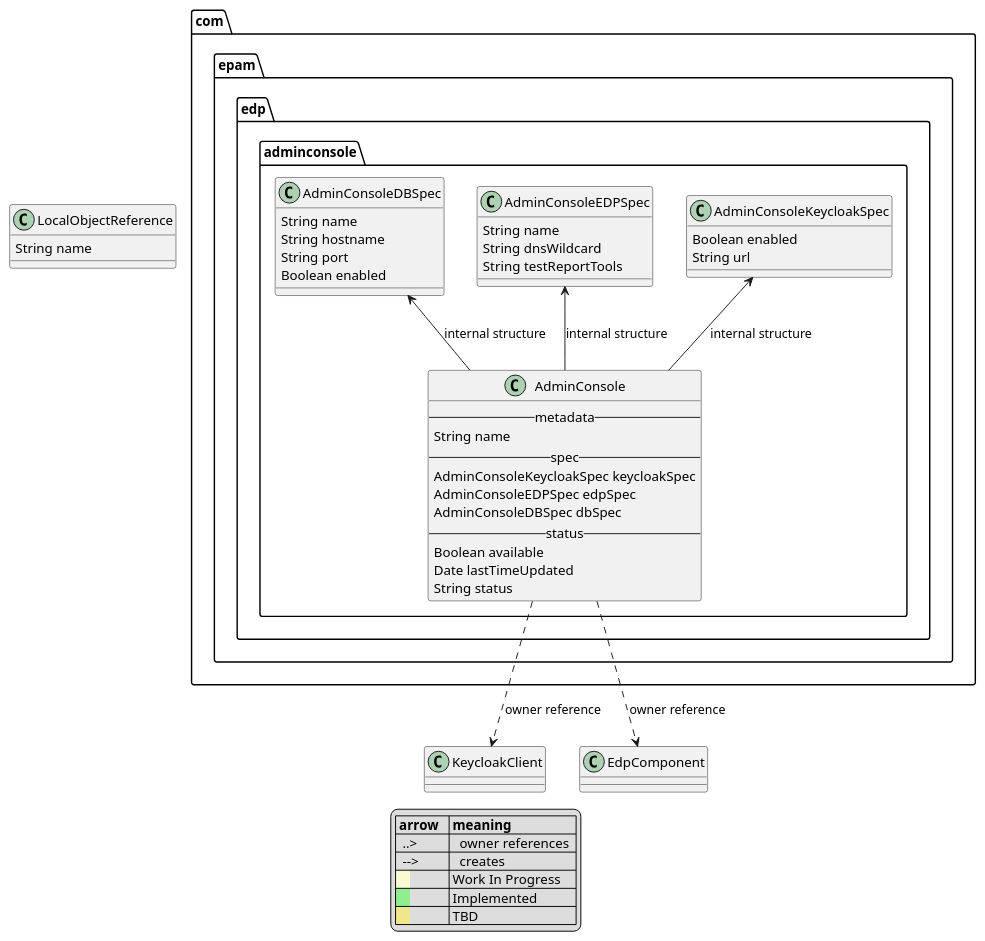
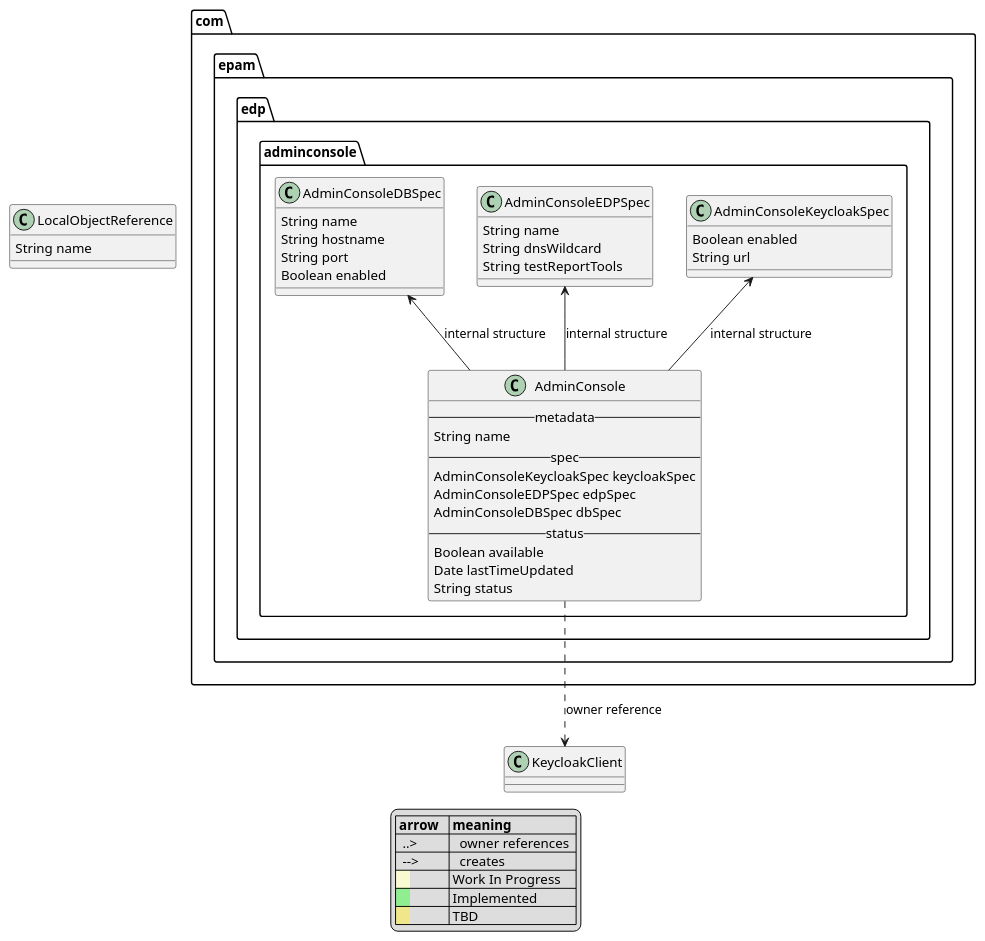
The diagram in documentation/puml/arch.puml (epam/edp-admin-console-operator), drawn with PlantUML before and after one commit. The commit also changed 15 other files, not shown here.

```diff
--- a/documentation/puml/arch.puml
+++ b/documentation/puml/arch.puml
@@ -1,58 +1,57 @@
 @startuml
 
 package com.epam.edp.adminconsole {
     class AdminConsole {
     -- metadata --
         String name
     -- spec --
         AdminConsoleKeycloakSpec keycloakSpec
         AdminConsoleEDPSpec edpSpec
         AdminConsoleDBSpec dbSpec
     -- status --
         Boolean available
         Date lastTimeUpdated
         String status
     }
 
     class AdminConsoleKeycloakSpec {
         Boolean enabled
         String url
     }
     AdminConsoleKeycloakSpec <-- AdminConsole : "internal structure"
 
     class AdminConsoleEDPSpec {
         String name
         String dnsWildcard
         String testReportTools
     }
     AdminConsoleEDPSpec <-- AdminConsole : "internal structure"
 
     class AdminConsoleDBSpec {
         String name
         String hostname
         String port
         Boolean enabled
     }
     AdminConsoleDBSpec <-- AdminConsole : "internal structure"
 }
 class LocalObjectReference {
     String name
 }
 KeycloakClient <.u. AdminConsole : "owner reference"
-EdpComponent <.u. AdminConsole : "owner reference"
 
 legend
 |= arrow   |= meaning|
 |  ..>     |   owner references  |
 |  -->     |   creates     |
 |<back:LightGoldenRodYellow>    </back>| Work In Progress |
 |<back:LightGreen>    </back>| Implemented |
 |<back:Khaki>    </back>| TBD |
 endlegend
 
 skinparam class {
 	backgroundColor<<impl>> LightGoldenRodYellow
 	backgroundColor<<wip>> LightGreen
 	backgroundColor<<tbd>> Khaki
 }
 @enduml
```
